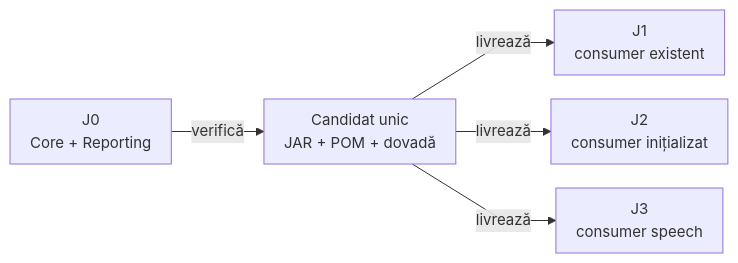
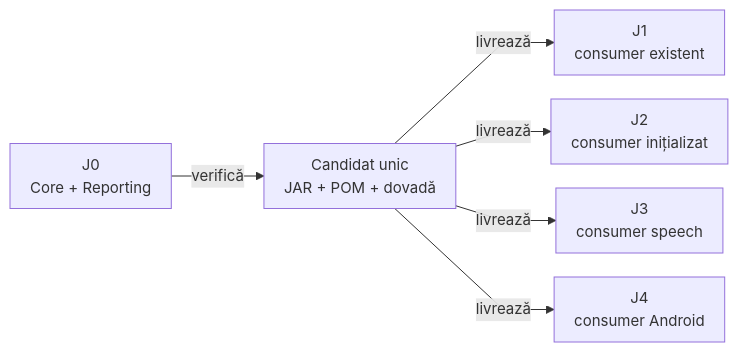
Before and after one commit to crististefanita/atf_j0: the diagram in docs/ATF_Workspace_Synchronization.md, drawn with Mermaid. The commit also changed other lines of this file and 48 other files, not shown here.

````diff
--- a/docs/ATF_Workspace_Synchronization.md
+++ b/docs/ATF_Workspace_Synchronization.md
@@ -22,8 +23,9 @@
 ```mermaid
 %%{init: {"themeVariables":{"fontSize":"15px"},"themeCSS":".nodeLabel, .nodeLabel p { font-size: 15px !important; line-height: 1.35 !important; } .edgeLabel, .edgeLabel p { font-size: 12px !important; font-weight: 400 !important; line-height: 1.2 !important; } .edgeLabel .labelBkg, .edgeLabel p { background: transparent !important; } .edgeLabel foreignObject { transform: translateY(-18px); overflow: visible; } .node rect { rx: 6px; ry: 6px; }","flowchart":{"curve":"linear","nodeSpacing":24,"rankSpacing":40,"padding":10,"diagramPadding":16}}}%%
 flowchart LR
     Source["J0<br/>Core + Reporting"] -->|verifică| Candidate["Candidat unic<br/>JAR + POM + dovadă"]
     Candidate -->|livrează| J1["J1<br/>consumer existent"]
     Candidate -->|livrează| J2["J2<br/>consumer inițializat"]
     Candidate -->|livrează| J3["J3<br/>consumer speech"]
+    Candidate -->|livrează| J4["J4<br/>consumer Android"]
 ```
````
